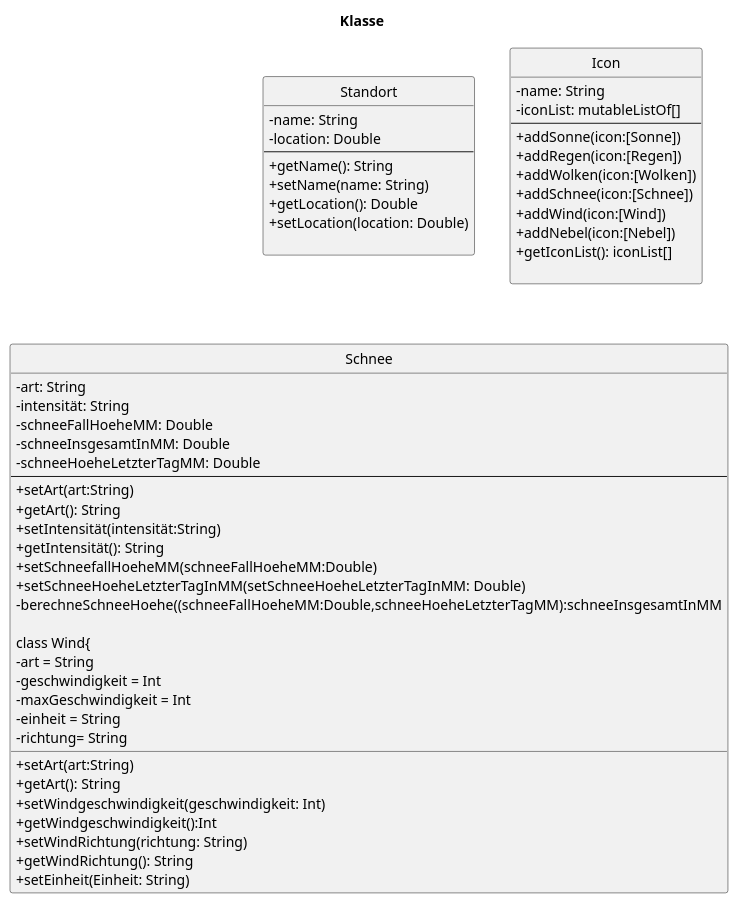
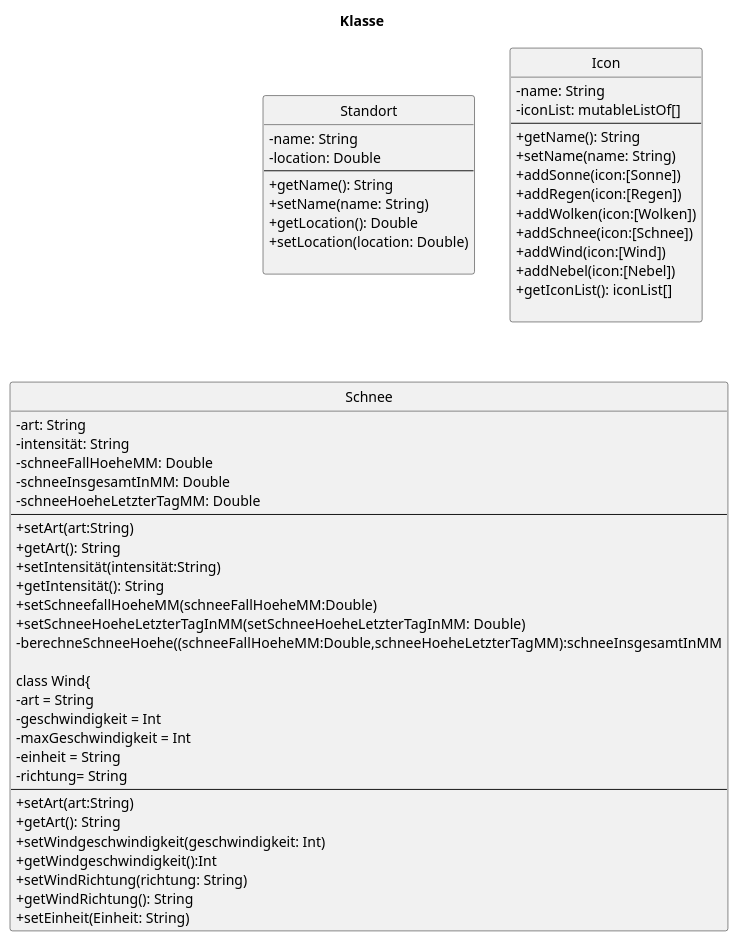
One commit to GrgPtrKoch/Wetterapp_pk changed the diagram in doc/ClassDiagramDraft_Patrick.puml. Above: the diagram before and after it, drawn with PlantUML.

Commit message:
neue Klassen und Objekte hinzugefügt

```diff
--- a/doc/ClassDiagramDraft_Patrick.puml
+++ b/doc/ClassDiagramDraft_Patrick.puml
@@ -1,66 +1,68 @@
 @startuml
 hide circle
 skinparam classAttributeIconSize 0
 title Klasse
 
 class Standort{
     - name: String
     - location: Double
     --
     + getName(): String
     + setName(name: String)
     + getLocation(): Double
     + setLocation(location: Double)
 
     }
 
 class Icon{
     - name: String
     - iconList: mutableListOf[]
     --
+    + getName(): String
+    + setName(name: String)
     + addSonne(icon:[Sonne])
     + addRegen(icon:[Regen])
     + addWolken(icon:[Wolken])
     + addSchnee(icon:[Schnee])
     + addWind(icon:[Wind])
     + addNebel(icon:[Nebel])
     + getIconList(): iconList[]
 
     }
 
 class Schnee{
     - art: String
     - intensität: String
     - schneeFallHoeheMM: Double
     - schneeInsgesamtInMM: Double
     - schneeHoeheLetzterTagMM: Double
     --
     + setArt(art:String)
     + getArt(): String
     + setIntensität(intensität:String)
     + getIntensität(): String
     + setSchneefallHoeheMM(schneeFallHoeheMM:Double)
     + setSchneeHoeheLetzterTagInMM(setSchneeHoeheLetzterTagInMM: Double)
     - berechneSchneeHoehe((schneeFallHoeheMM:Double,schneeHoeheLetzterTagMM):schneeInsgesamtInMM
 
 class Wind{
     - art = String
     - geschwindigkeit = Int
     - maxGeschwindigkeit = Int
     - einheit = String
     - richtung= String
-    __
+    --
     + setArt(art:String)
     + getArt(): String
     + setWindgeschwindigkeit(geschwindigkeit: Int)
     + getWindgeschwindigkeit():Int
     + setWindRichtung(richtung: String)
     + getWindRichtung(): String
     + setEinheit(Einheit: String)
     }
 
 
 
     }
 
 @enduml
```
